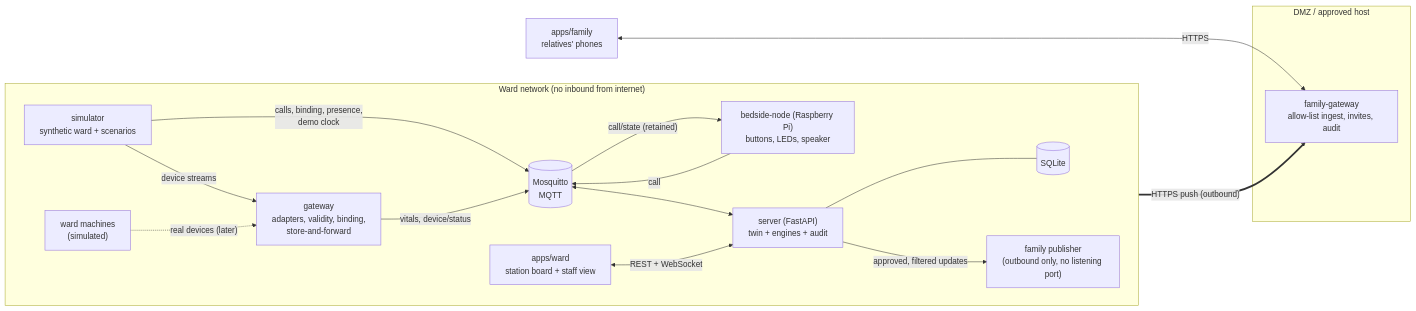
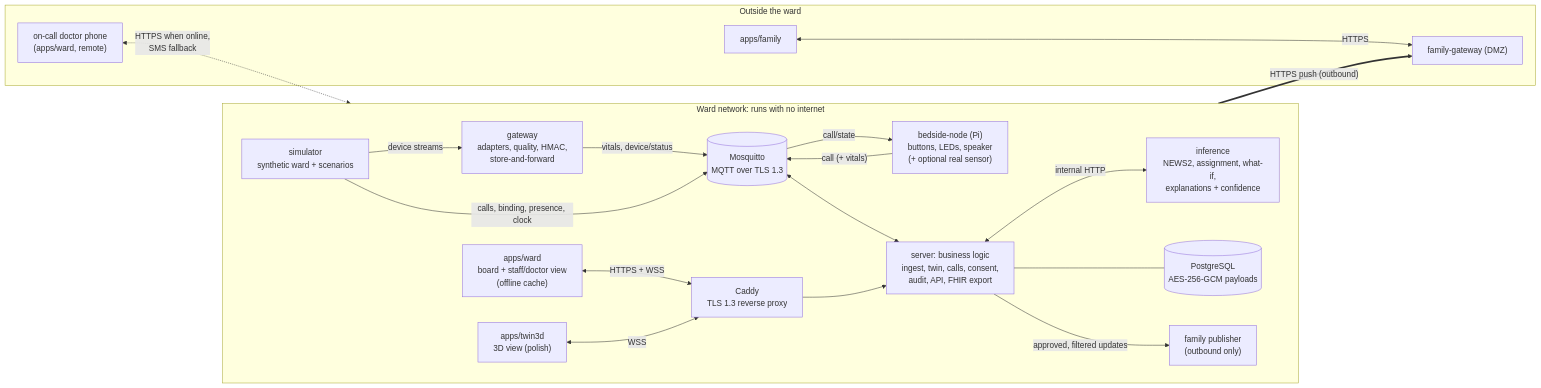
One commit to Yassinecoder06/HackCure_Hackathon changed the diagram in docs/ARCHITECTURE.md. Above: the diagram before and after it, drawn with Mermaid. The commit also changed other lines of this file and 36 other files, not shown here.

````diff
--- a/docs/ARCHITECTURE.md
+++ b/docs/ARCHITECTURE.md
@@ -9,32 +14,38 @@
 ```mermaid
 flowchart LR
-  subgraph WARD["Ward network (no inbound from internet)"]
+  subgraph WARD["Ward network: runs with no internet"]
     direction LR
     SIM["simulator<br/>synthetic ward + scenarios"]
-    DEV["ward machines<br/>(simulated)"]
-    GW["gateway<br/>adapters, validity, binding,<br/>store-and-forward"]
-    NODE["bedside-node (Raspberry Pi)<br/>buttons, LEDs, speaker"]
-    MQ[("Mosquitto<br/>MQTT")]
-    SRV["server (FastAPI)<br/>twin + engines + audit"]
-    DB[("SQLite")]
-    WARDAPP["apps/ward<br/>station board + staff view"]
-    PUB["family publisher<br/>(outbound only, no listening port)"]
+    GW["gateway<br/>adapters, quality, HMAC,<br/>store-and-forward"]
+    NODE["bedside-node (Pi)<br/>buttons, LEDs, speaker<br/>(+ optional real sensor)"]
+    MQ[("Mosquitto<br/>MQTT over TLS 1.3")]
+    SRV["server: business logic<br/>ingest, twin, calls, consent,<br/>audit, API, FHIR export"]
+    INF["inference<br/>NEWS2, assignment, what-if,<br/>explanations + confidence"]
+    DB[("PostgreSQL<br/>AES-256-GCM payloads")]
+    PROXY["Caddy<br/>TLS 1.3 reverse proxy"]
+    WARDAPP["apps/ward<br/>board + staff/doctor view<br/>(offline cache)"]
+    T3D["apps/twin3d<br/>3D view (polish)"]
+    PUB["family publisher<br/>(outbound only)"]
   end
-  subgraph DMZ["DMZ / approved host"]
-    FGW["family-gateway<br/>allow-list ingest, invites, audit"]
+  subgraph REMOTE["Outside the ward"]
+    DOC["on-call doctor phone<br/>(apps/ward, remote)"]
+    FGW["family-gateway (DMZ)"]
+    FAM["apps/family"]
   end
-  FAM["apps/family<br/>relatives' phones"]
 
   SIM -- "device streams" --> GW
-  DEV -. "real devices (later)" .-> GW
-  SIM -- "calls, binding, presence,<br/>demo clock" --> MQ
   GW -- "vitals, device/status" --> MQ
-  NODE -- "call" --> MQ
-  MQ -- "call/state (retained)" --> NODE
+  SIM -- "calls, binding, presence, clock" --> MQ
+  NODE -- "call (+ vitals)" --> MQ
+  MQ -- "call/state" --> NODE
   MQ <--> SRV
+  SRV <-- "internal HTTP" --> INF
   SRV --- DB
-  WARDAPP <-- "REST + WebSocket" --> SRV
+  PROXY --> SRV
+  WARDAPP <-- "HTTPS + WSS" --> PROXY
+  T3D <-- "WSS" --> PROXY
+  DOC <-. "HTTPS when online,<br/>SMS fallback" .-> PROXY
   SRV -- "approved, filtered updates" --> PUB
   PUB == "HTTPS push (outbound)" ==> FGW
   FAM <-- "HTTPS" --> FGW
 ```
````
